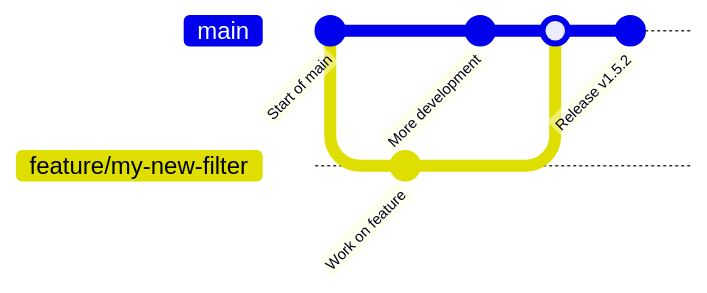
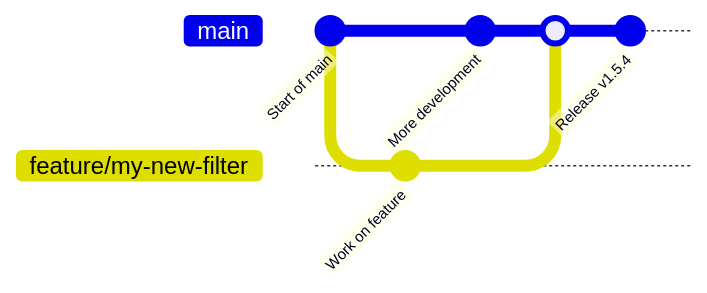
One commit to PlainsightAI/openfilter changed the first of 2 diagrams in CONTRIBUTING.md. Above: the diagram before and after it, drawn with Mermaid. The commit also changed other lines of this file and 8 other files, not shown here.

````diff
--- a/CONTRIBUTING.md
+++ b/CONTRIBUTING.md
@@ -383,11 +383,11 @@
 ```mermaid
 gitGraph
    commit id: "Start of main"
    branch feature/my-new-filter
    commit id: "Work on feature"
    checkout main
    commit id: "More development"
    merge feature/my-new-filter
-   commit id: "Release v1.5.2"
+   commit id: "Release v1.5.4"
 
 ```
````
